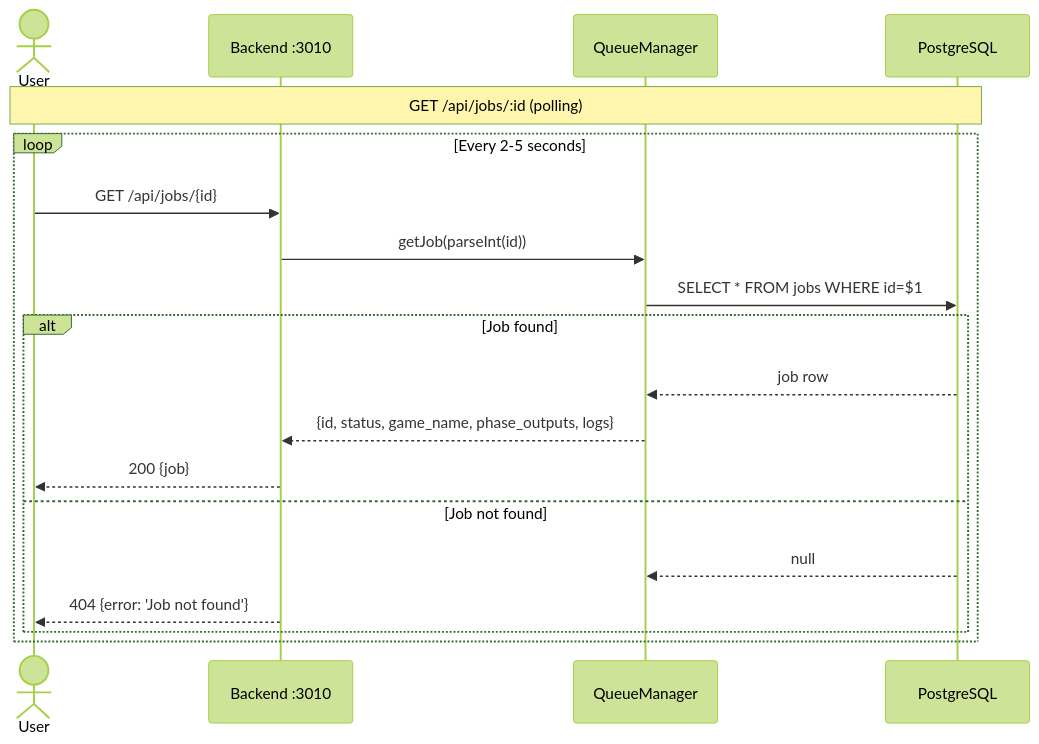
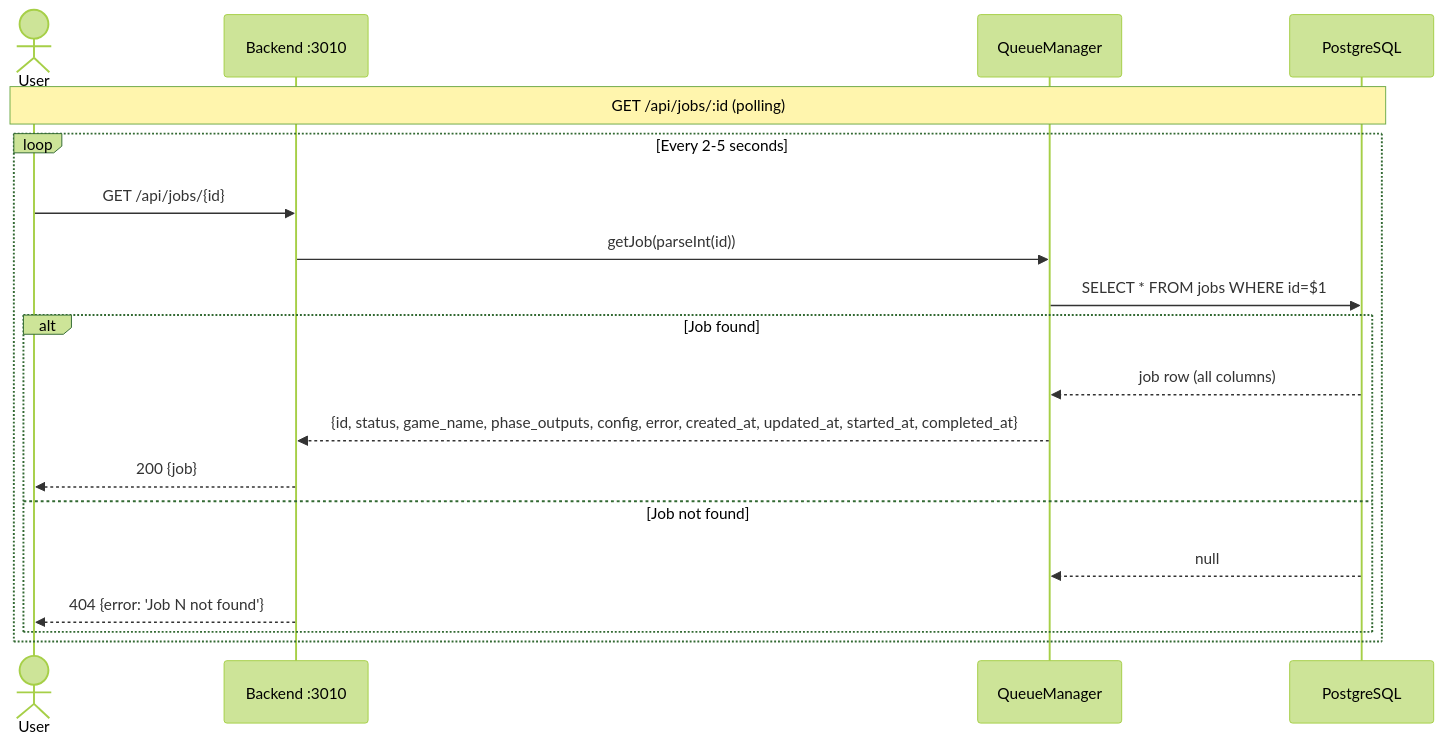
The second of 7 diagrams in AI/document/02-user-flows.md (J-Gierend/gamePocGen), drawn with Mermaid (forest theme) before and after one commit. The commit also changed other lines of this file and 12 other files, not shown here.

First line of the commit message:
fix: regenerate all architecture docs from current source

````diff
--- a/AI/document/02-user-flows.md
+++ b/AI/document/02-user-flows.md
@@ -26,22 +40,22 @@
 ```mermaid
 sequenceDiagram
     actor User
     participant API as Backend :3010
     participant QM as QueueManager
     participant DB as PostgreSQL
 
     Note over User,DB: GET /api/jobs/:id (polling)
     loop Every 2-5 seconds
         User->>API: GET /api/jobs/{id}
         API->>QM: getJob(parseInt(id))
         QM->>DB: SELECT * FROM jobs WHERE id=$1
         alt Job found
-            DB-->>QM: job row
-            QM-->>API: {id, status, game_name, phase_outputs, logs}
+            DB-->>QM: job row (all columns)
+            QM-->>API: {id, status, game_name, phase_outputs, config, error, created_at, updated_at, started_at, completed_at}
             API-->>User: 200 {job}
         else Job not found
             DB-->>QM: null
-            API-->>User: 404 {error: 'Job not found'}
+            API-->>User: 404 {error: 'Job N not found'}
         end
     end
 ```
````
